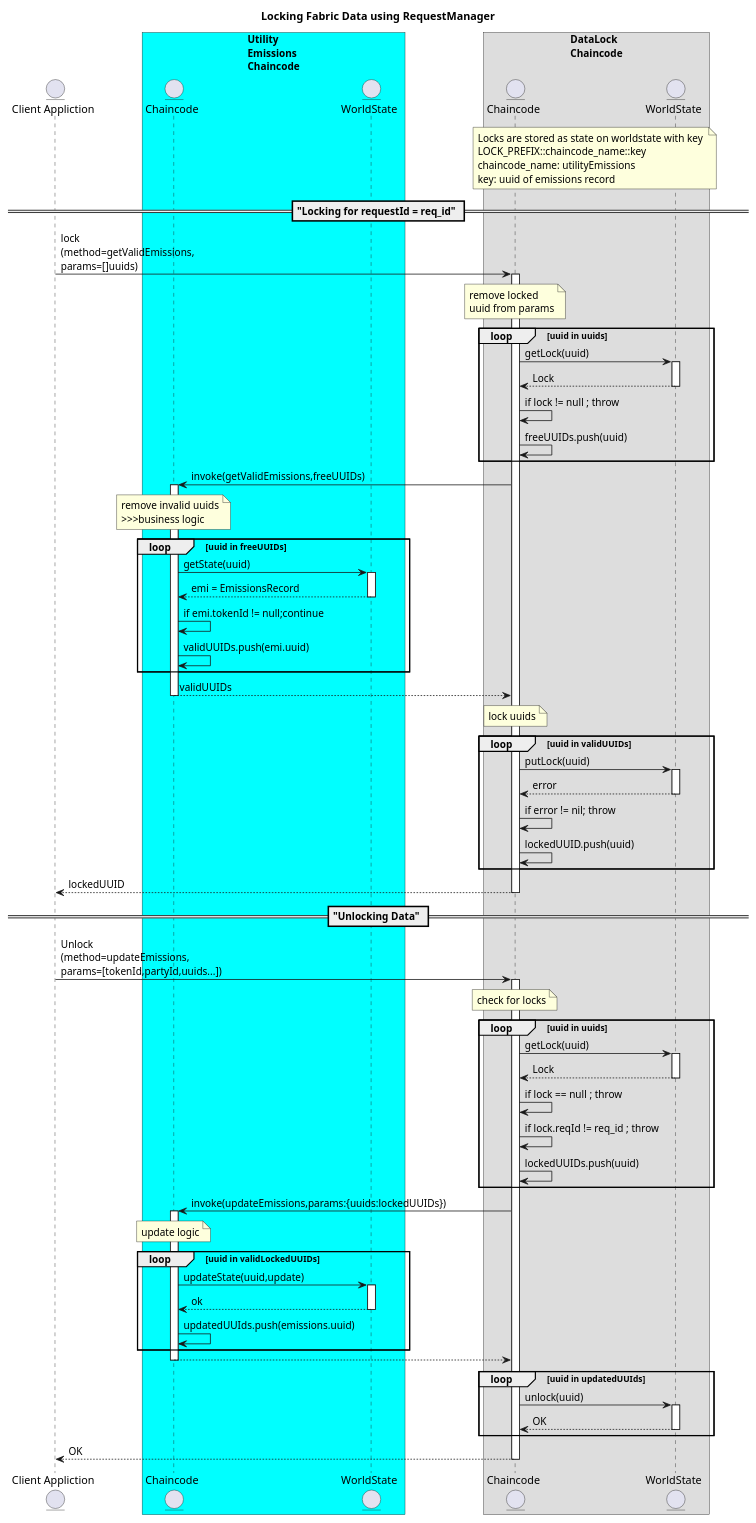
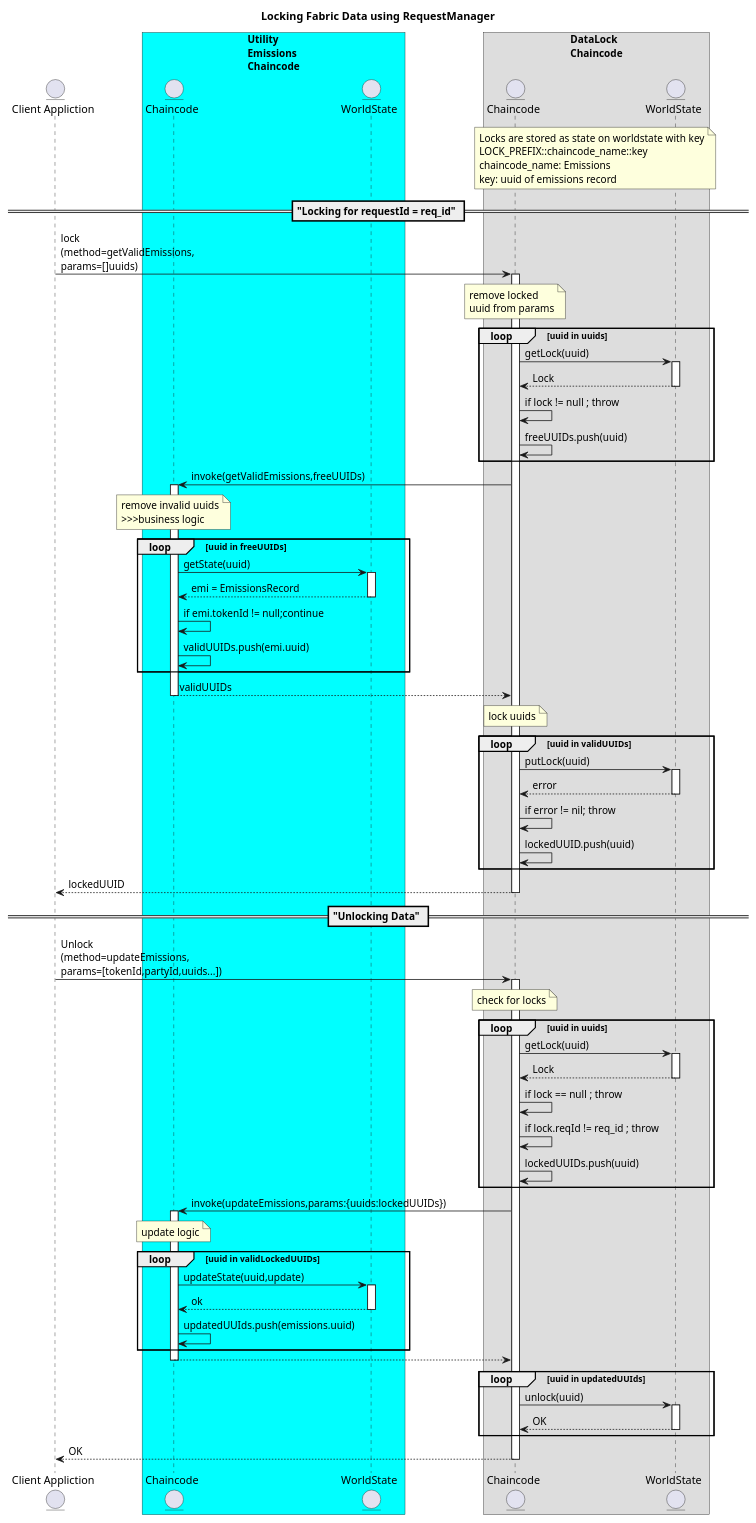
Before and after one commit to hyperledger-labs/blockchain-carbon-accounting: the diagram in emissions-data/chaincode/datalock/docs/auditedEmissions.puml, drawn with PlantUML. The commit also changed 28 other files, not shown here.

```diff
--- a/emissions-data/chaincode/datalock/docs/auditedEmissions.puml
+++ b/emissions-data/chaincode/datalock/docs/auditedEmissions.puml
@@ -1,88 +1,88 @@
 @startuml
 
 skinparam BoxPadding 50
 title "Locking Fabric Data using RequestManager"
 
 
 entity "Client Appliction" as client
 
 box "Utility\nEmissions\nChaincode" #Aqua
 entity "Chaincode" as dataCC
 entity "WorldState" as state
 end box
 
 
 box "DataLock\nChaincode"
 entity "Chaincode" as reqCC
 entity "WorldState" as reqState
 end box
 
 note over reqCC, reqState
-    Locks are stored as state on worldstate with key 
+    Locks are stored as state on worldstate with key
     LOCK_PREFIX::chaincode_name::key
-    chaincode_name: utilityEmissions
+    chaincode_name: Emissions
     key: uuid of emissions record
 end note
 
 == "Locking for requestId = req_id" ==
 client->reqCC: lock\n(method=getValidEmissions,\nparams=[]uuids)
 activate reqCC
 note over reqCC: remove locked\nuuid from params
 loop uuid in uuids
     reqCC->reqState: getLock(uuid)
     activate reqState
     return Lock
     reqCC->reqCC: if lock != null ; throw
     reqCC->reqCC: freeUUIDs.push(uuid)
 end
 reqCC->dataCC: invoke(getValidEmissions,freeUUIDs)
 activate dataCC
 note over dataCC: remove invalid uuids\n>>>business logic
 loop uuid in freeUUIDs
     dataCC->state: getState(uuid)
     activate state
     return emi = EmissionsRecord
     dataCC->dataCC: if emi.tokenId != null;continue
     dataCC->dataCC: validUUIDs.push(emi.uuid)
 end
 return validUUIDs
 note over reqCC: lock uuids
 loop uuid in validUUIDs
     reqCC->reqState: putLock(uuid)
     activate reqState
     return error
     reqCC->reqCC: if error != nil; throw
     reqCC->reqCC: lockedUUID.push(uuid)
 end
 return lockedUUID
 
 == "Unlocking Data" ==
 client->reqCC: Unlock\n(method=updateEmissions,\nparams=[tokenId,partyId,uuids...])
 activate reqCC
 note over reqCC: check for locks
 loop uuid in uuids
     reqCC->reqState: getLock(uuid)
     activate reqState
     return Lock
     reqCC->reqCC: if lock == null ; throw
     reqCC->reqCC: if lock.reqId != req_id ; throw
     reqCC->reqCC: lockedUUIDs.push(uuid)
 end
 reqCC->dataCC: invoke(updateEmissions,params:{uuids:lockedUUIDs})
 activate dataCC
 note over dataCC: update logic
 loop uuid in validLockedUUIDs
     dataCC->state: updateState(uuid,update)
     activate state
     return ok
     dataCC->dataCC: updatedUUIds.push(emissions.uuid)
 end updatedUUIds
-return 
+return
 loop uuid in updatedUUIds
     reqCC->reqState: unlock(uuid)
     activate reqState
     return OK
 end
 return OK
 
 @enduml
```
